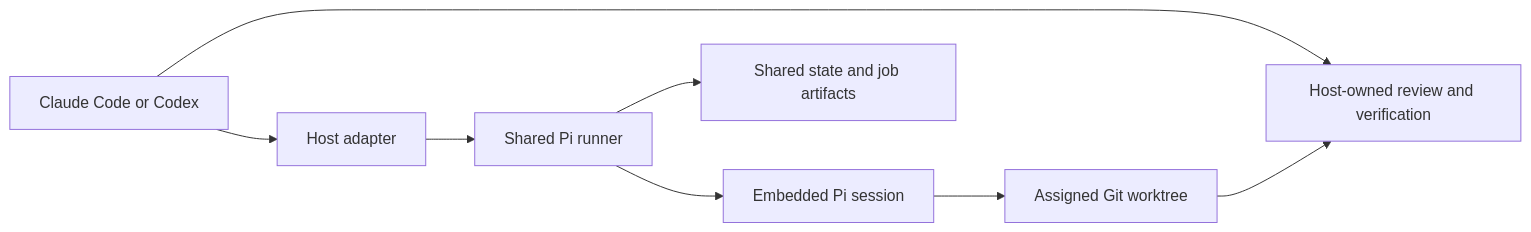
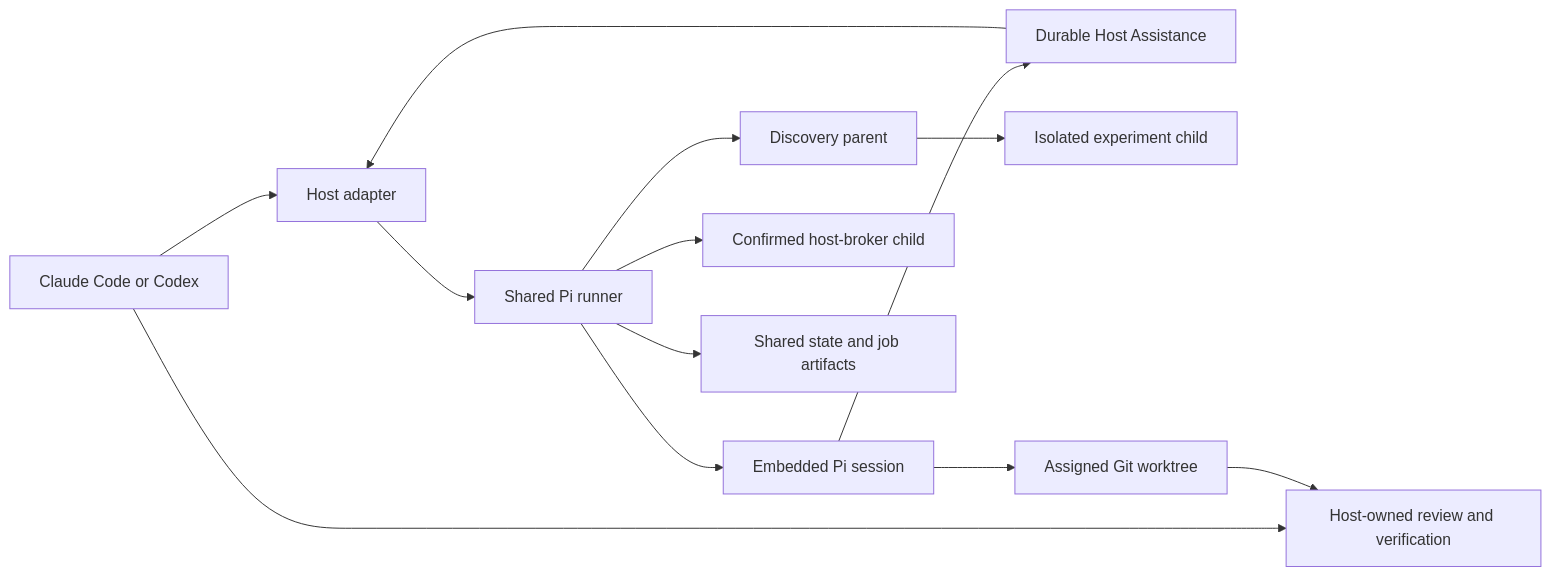
One commit to JiaWeiXie/swarm-pi-code-plugin changed the diagram in README.md. Above: the diagram before and after it, drawn with Mermaid. The commit also changed other lines of this file and 36 other files, not shown here.

````diff
--- a/README.md
+++ b/README.md
@@ -15,10 +15,15 @@
 ```mermaid
 flowchart LR
     H[Claude Code or Codex] --> A[Host adapter]
     A --> R[Shared Pi runner]
     R --> P[Embedded Pi session]
+    P --> Q[Durable Host Assistance]
+    Q --> A
+    R --> D[Discovery parent]
+    D --> E[Isolated experiment child]
+    R --> C[Confirmed host-broker child]
     P --> W[Assigned Git worktree]
     R --> S[Shared state and job artifacts]
     H --> V[Host-owned review and verification]
     W --> V
 ```
````
